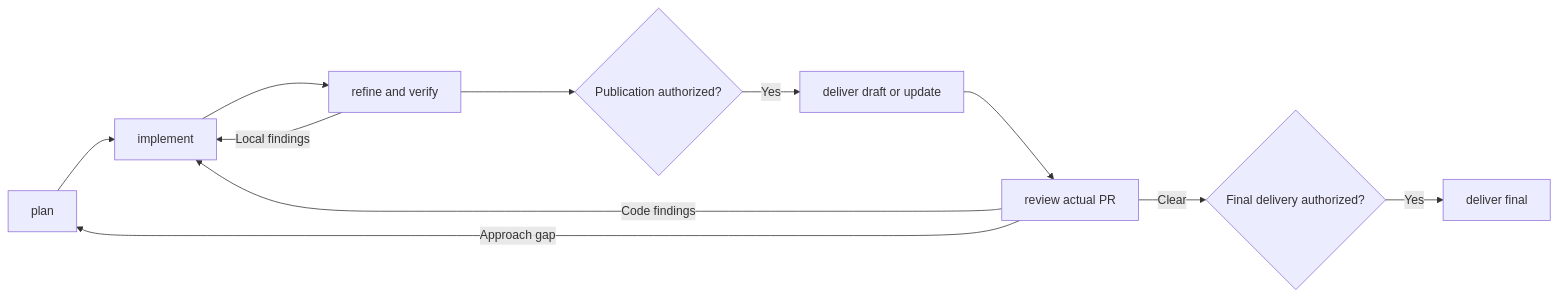
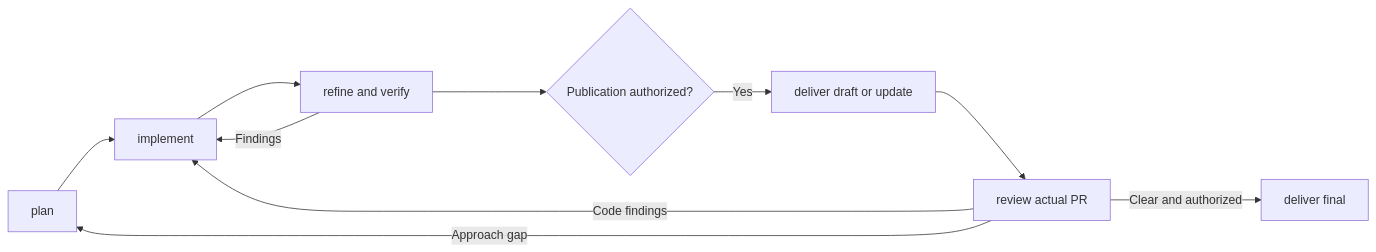
One commit to skvoll/skills changed the diagram in README.md. Above: the diagram before and after it, drawn with Mermaid. The commit also changed other lines of this file and 17 other files, not shown here.

````diff
--- a/README.md
+++ b/README.md
@@ -56,13 +42,12 @@
 ```mermaid
 flowchart LR
     P[plan] --> I[implement]
     I --> F[refine and verify]
-    F -->|Local findings| I
+    F -->|Findings| I
     F --> A{Publication authorized?}
     A -->|Yes| D[deliver draft or update]
     D --> R[review actual PR]
     R -->|Code findings| I
     R -->|Approach gap| P
-    R -->|Clear| G{Final delivery authorized?}
-    G -->|Yes| H[deliver final]
+    R -->|Clear and authorized| H[deliver final]
 ```
````
